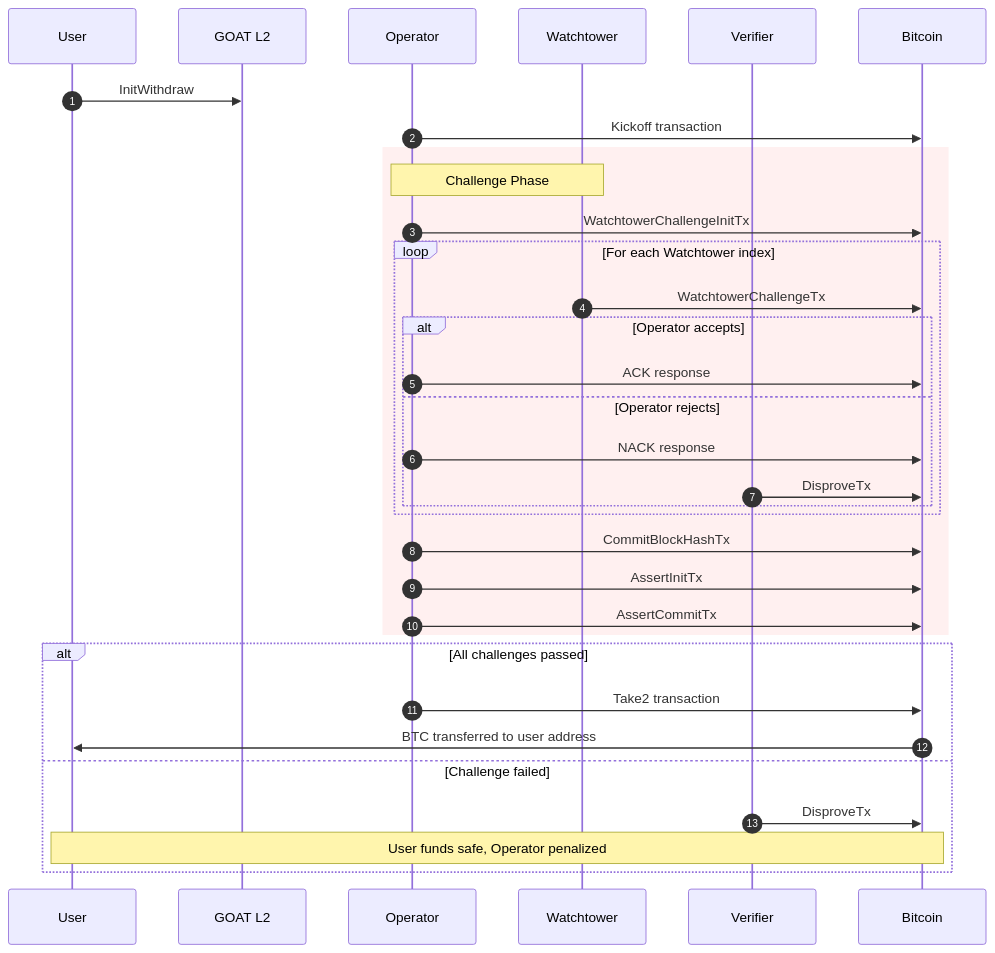
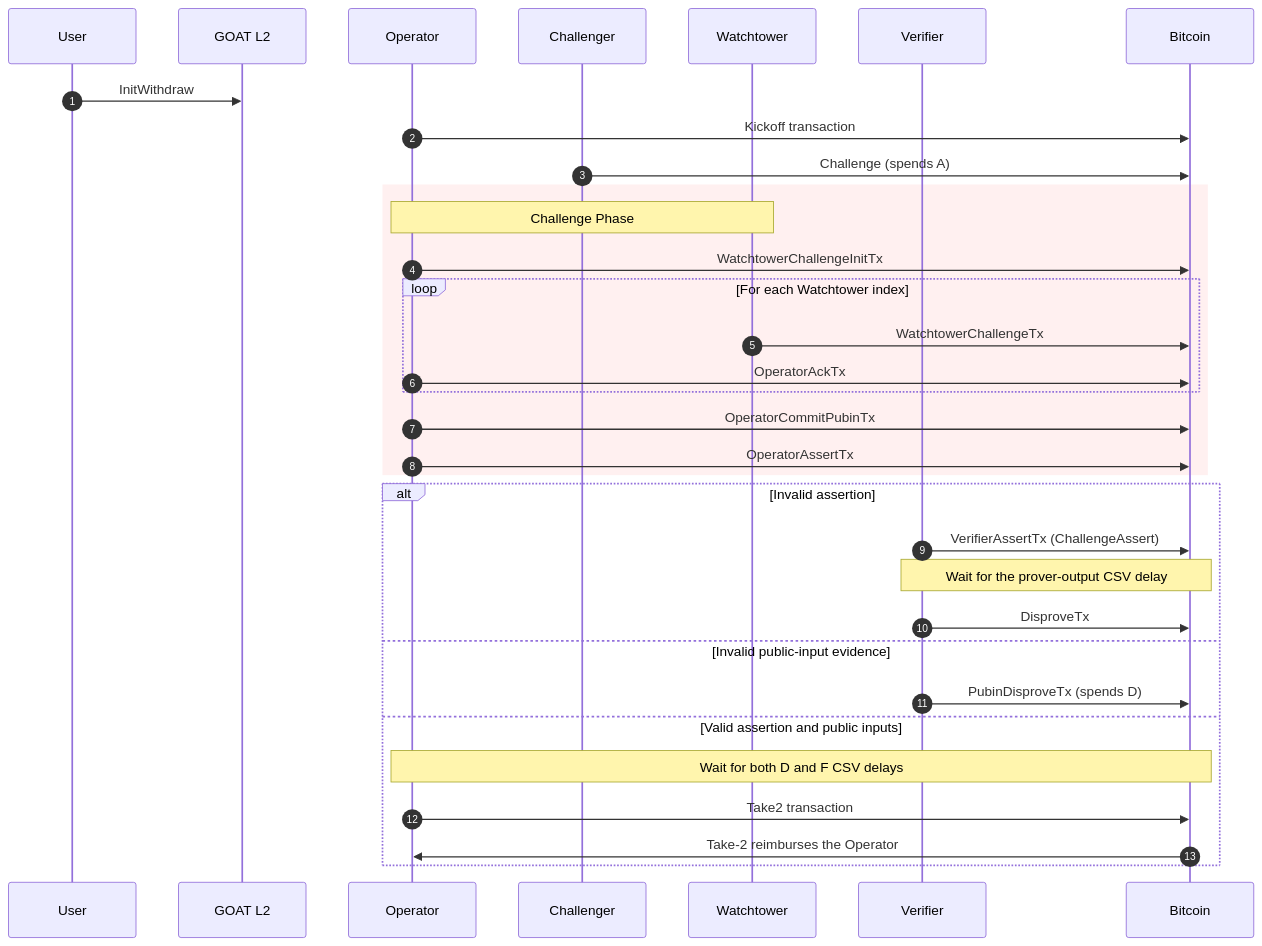
One commit to GOATNetwork/bitvm-node changed the seventh of 13 diagrams in node/README.md. Above: the diagram before and after it, drawn with Mermaid. The commit also changed other lines of this file and 2 other files, not shown here.

Commit message:
docs: add English transaction graph and update node guide

````diff
--- a/node/README.md
+++ b/node/README.md
@@ -319,40 +356,40 @@
 ```mermaid
 sequenceDiagram
     autonumber
     participant User
     participant GOAT as GOAT L2
     participant Operator
+    participant Challenger
     participant Watchtower
     participant Verifier
     participant BTC as Bitcoin
 
     User->>GOAT: InitWithdraw
     Operator->>BTC: Kickoff transaction
+    Challenger->>BTC: Challenge (spends A)
 
     rect rgb(255, 240, 240)
         Note over Operator,Watchtower: Challenge Phase
         Operator->>BTC: WatchtowerChallengeInitTx
 
         loop For each Watchtower index
             Watchtower->>BTC: WatchtowerChallengeTx
-            alt Operator accepts
-                Operator->>BTC: ACK response
-            else Operator rejects
-                Operator->>BTC: NACK response
-                Verifier->>BTC: DisproveTx
-            end
+            Operator->>BTC: OperatorAckTx
         end
 
-        Operator->>BTC: CommitBlockHashTx
-        Operator->>BTC: AssertInitTx
-        Operator->>BTC: AssertCommitTx
+        Operator->>BTC: OperatorCommitPubinTx
+        Operator->>BTC: OperatorAssertTx
     end
 
-    alt All challenges passed
+    alt Invalid assertion
+        Verifier->>BTC: VerifierAssertTx (ChallengeAssert)
+        Note over Verifier,BTC: Wait for the prover-output CSV delay
+        Verifier->>BTC: DisproveTx
+    else Invalid public-input evidence
+        Verifier->>BTC: PubinDisproveTx (spends D)
+    else Valid assertion and public inputs
+        Note over Operator,BTC: Wait for both D and F CSV delays
         Operator->>BTC: Take2 transaction
-        BTC->>User: BTC transferred to user address
-    else Challenge failed
-        Verifier->>BTC: DisproveTx
-        Note over User,BTC: User funds safe, Operator penalized
+        BTC->>Operator: Take-2 reimburses the Operator
     end
 ```
````
